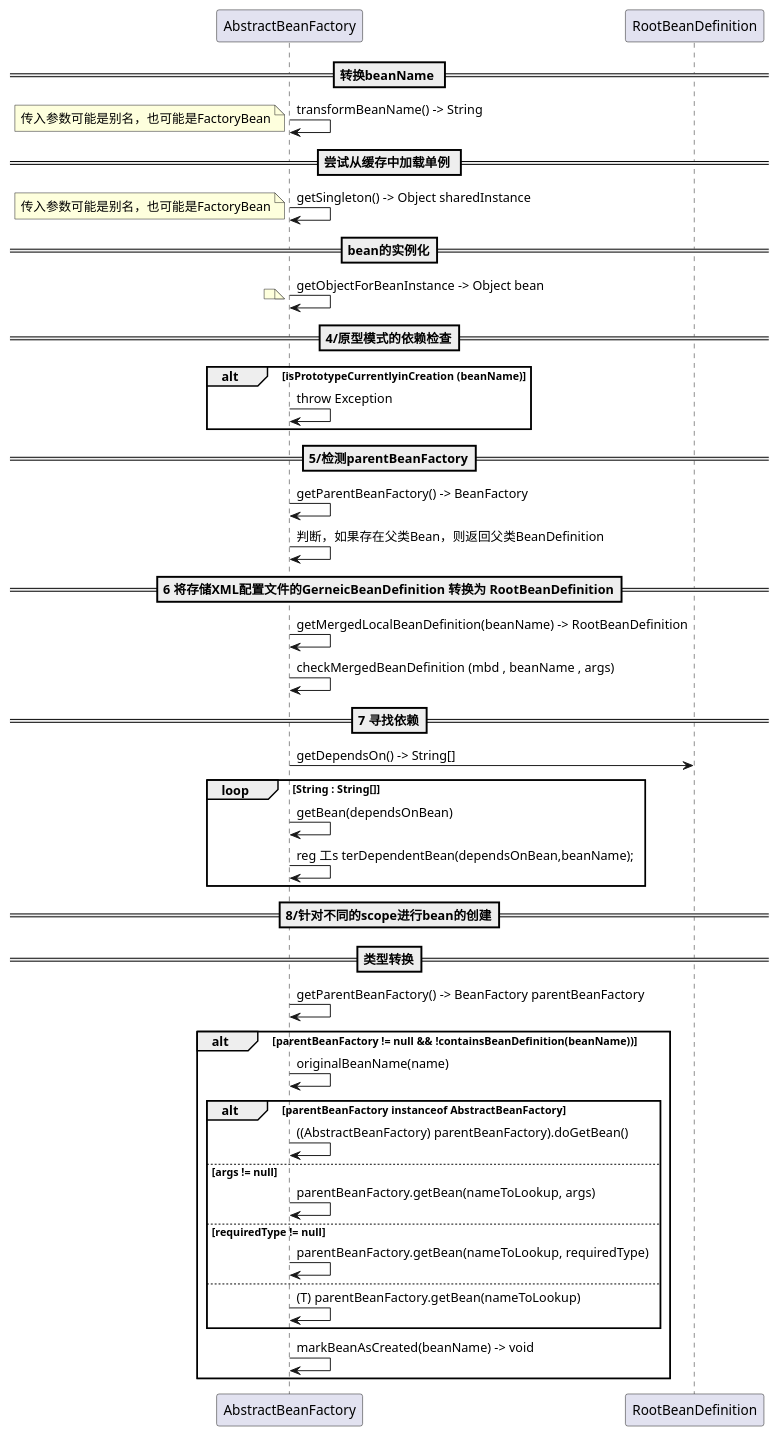
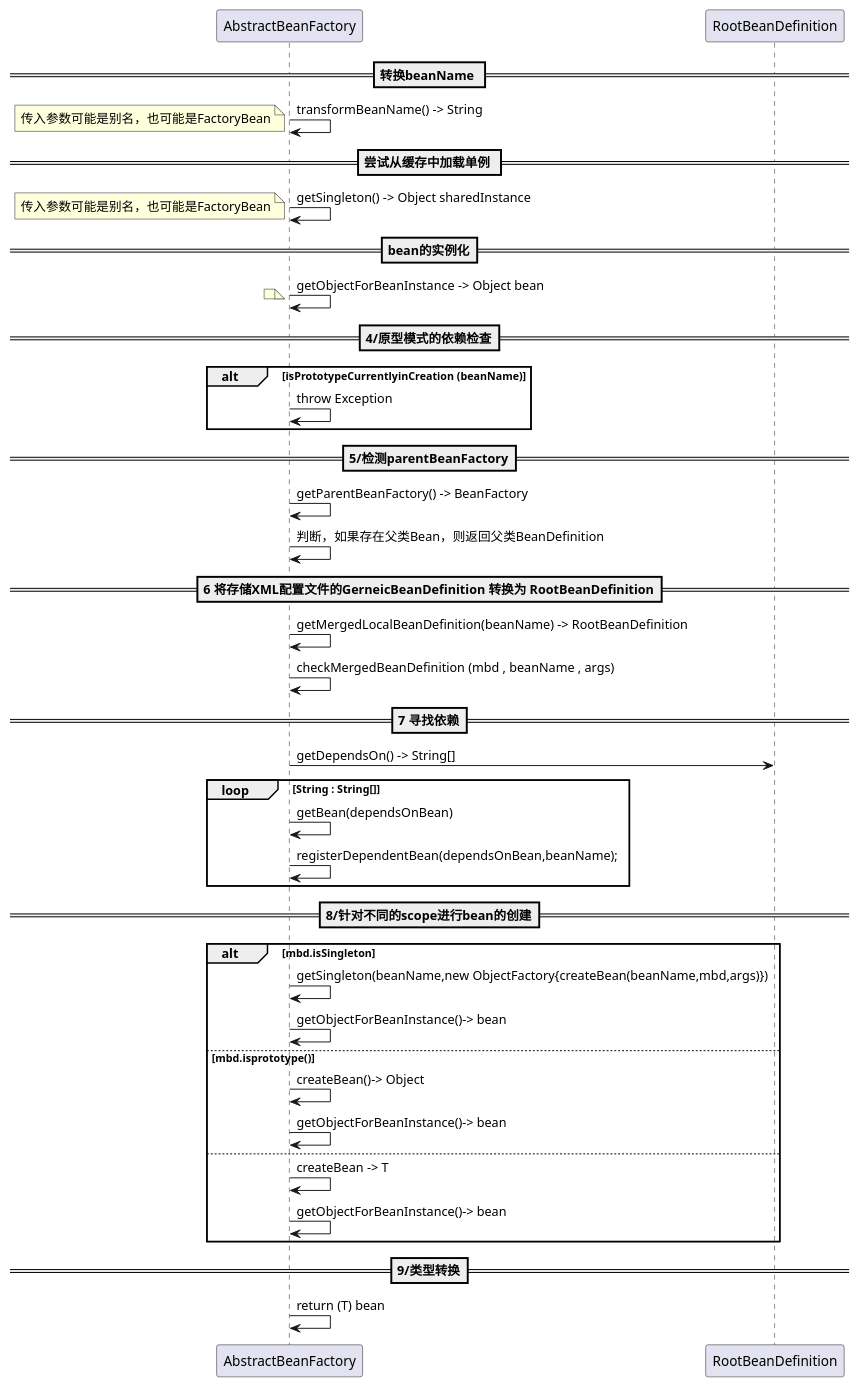
Before and after one commit to yuelezhou/simpleframework: the diagram in markdown/imooc/chap8/doGetBean.puml, drawn with PlantUML. The commit also changed 1 other file, not shown here.

```diff
--- a/markdown/imooc/chap8/doGetBean.puml
+++ b/markdown/imooc/chap8/doGetBean.puml
@@ -1,51 +1,48 @@
 @startuml
 
 ==转换beanName ==
 
 AbstractBeanFactory -> AbstractBeanFactory : transformBeanName() -> String
 Note left:传入参数可能是别名，也可能是FactoryBean
 ==尝试从缓存中加载单例 ==
 
 AbstractBeanFactory -> AbstractBeanFactory : getSingleton() -> Object sharedInstance
 Note left:传入参数可能是别名，也可能是FactoryBean
 ==bean的实例化==
 
 AbstractBeanFactory -> AbstractBeanFactory : getObjectForBeanInstance -> Object bean
 Note left:
 ==4/原型模式的依赖检查==
 alt  isPrototypeCurrentlyinCreation (beanName)
 AbstractBeanFactory -> AbstractBeanFactory : throw Exception
 end
 ==5/检测parentBeanFactory==
 AbstractBeanFactory -> AbstractBeanFactory : getParentBeanFactory() -> BeanFactory
 AbstractBeanFactory -> AbstractBeanFactory : 判断，如果存在父类Bean，则返回父类BeanDefinition
 ==6 将存储XML配置文件的GerneicBeanDefinition 转换为 RootBeanDefinition==
 AbstractBeanFactory -> AbstractBeanFactory : getMergedLocalBeanDefinition(beanName) -> RootBeanDefinition
 AbstractBeanFactory -> AbstractBeanFactory : checkMergedBeanDefinition (mbd , beanName , args)
 ==7 寻找依赖==
 AbstractBeanFactory -> RootBeanDefinition : getDependsOn() -> String[]
 loop String : String[]
 AbstractBeanFactory -> AbstractBeanFactory : getBean(dependsOnBean)
-AbstractBeanFactory -> AbstractBeanFactory : reg 工s terDependentBean(dependsOnBean,beanName);
+AbstractBeanFactory -> AbstractBeanFactory : registerDependentBean(dependsOnBean,beanName);
 end
 
 ==8/针对不同的scope进行bean的创建==
+alt mbd.isSingleton
+AbstractBeanFactory -> AbstractBeanFactory : getSingleton(beanName,new ObjectFactory{createBean(beanName,mbd,args)})
+AbstractBeanFactory -> AbstractBeanFactory : getObjectForBeanInstance()-> bean
+else  mbd.isprototype()
+AbstractBeanFactory -> AbstractBeanFactory : createBean()-> Object
+AbstractBeanFactory -> AbstractBeanFactory : getObjectForBeanInstance()-> bean
+else
+AbstractBeanFactory -> AbstractBeanFactory : createBean -> T
+AbstractBeanFactory -> AbstractBeanFactory : getObjectForBeanInstance()-> bean
+end
+==9/类型转换==
+AbstractBeanFactory -> AbstractBeanFactory : return (T) bean
 
-==类型转换==
-AbstractBeanFactory -> AbstractBeanFactory : getParentBeanFactory() -> BeanFactory parentBeanFactory
-alt parentBeanFactory != null && !containsBeanDefinition(beanName))
-AbstractBeanFactory -> AbstractBeanFactory : originalBeanName(name)
-alt parentBeanFactory instanceof AbstractBeanFactory
-AbstractBeanFactory -> AbstractBeanFactory : ((AbstractBeanFactory) parentBeanFactory).doGetBean()
-else args != null
-AbstractBeanFactory -> AbstractBeanFactory : parentBeanFactory.getBean(nameToLookup, args)
-else requiredType != null
-AbstractBeanFactory -> AbstractBeanFactory : parentBeanFactory.getBean(nameToLookup, requiredType)
-else
-AbstractBeanFactory -> AbstractBeanFactory : (T) parentBeanFactory.getBean(nameToLookup)
-end
-AbstractBeanFactory -> AbstractBeanFactory : markBeanAsCreated(beanName) -> void
-end
 
 
 @enduml
```
